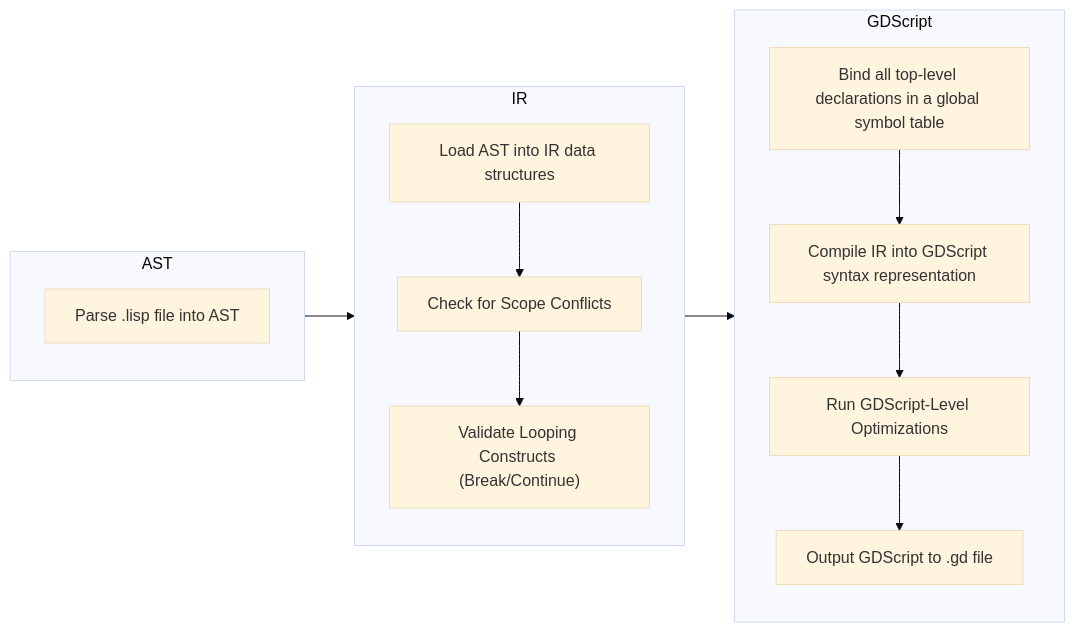
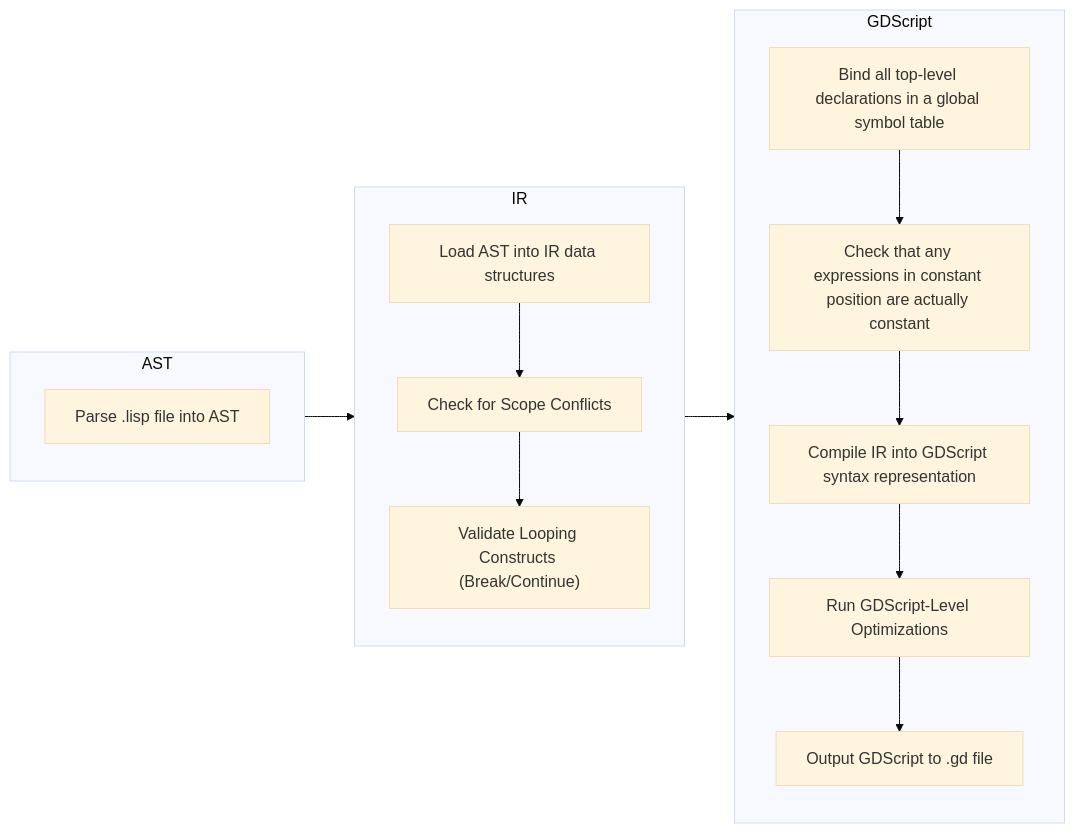
Before and after one commit to Mercerenies/gdlisp: the diagram in doc/CompilationStages.md, drawn with Mermaid (base theme). The commit also changed other lines of this file, not shown here.

````diff
--- a/doc/CompilationStages.md
+++ b/doc/CompilationStages.md
@@ -4,23 +4,24 @@
 ```mermaid
 flowchart LR
     subgraph AST
       direction TB
       Parse[Parse .lisp file into AST]
     end
     subgraph IR
       direction TB
       LoadIR[Load AST into IR data structures]
       Scopes[Check for Scope Conflicts]
       Loops["Validate Looping Constructs (Break/Continue)"]
       LoadIR-->Scopes-->Loops
     end
     subgraph GDScript
       direction TB
       Bind[Bind all top-level declarations in a global symbol table]
+      Const[Check that any expressions in constant position are actually constant]
       Compile[Compile IR into GDScript syntax representation]
       Optimize[Run GDScript-Level Optimizations]
       Output[Output GDScript to .gd file]
-      Bind-->Compile-->Optimize-->Output
+      Bind-->Const-->Compile-->Optimize-->Output
     end
     AST-->IR-->GDScript
 ```
````
